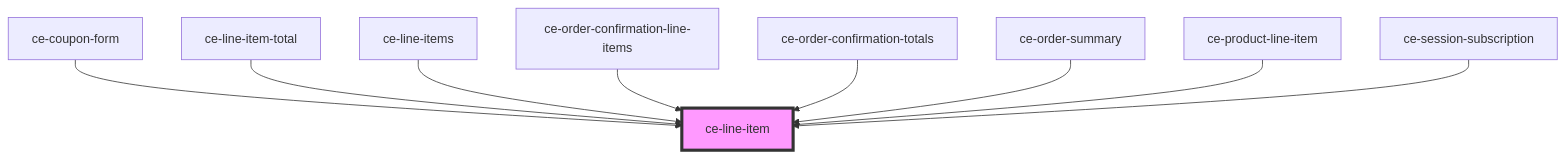
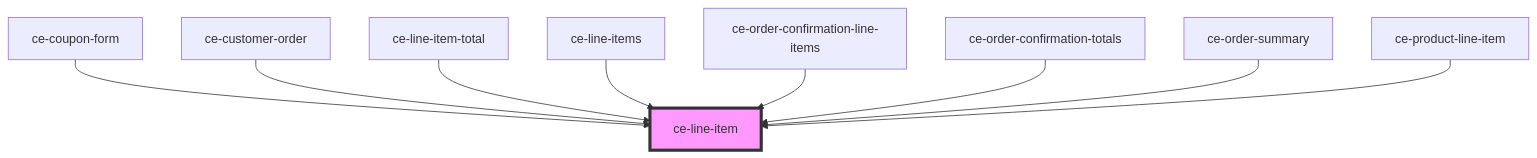
The diagram in packages/components/src/components/ui/line-item/readme.md (surecart/surecart-wp-plugin), drawn with Mermaid before and after one commit. The commit also changed other lines of this file and 101 other files, not shown here.

````diff
--- a/packages/components/src/components/ui/line-item/readme.md
+++ b/packages/components/src/components/ui/line-item/readme.md
@@ -52,12 +52,12 @@
 ```mermaid
 graph TD;
   ce-coupon-form --> ce-line-item
+  ce-customer-order --> ce-line-item
   ce-line-item-total --> ce-line-item
   ce-line-items --> ce-line-item
   ce-order-confirmation-line-items --> ce-line-item
   ce-order-confirmation-totals --> ce-line-item
   ce-order-summary --> ce-line-item
   ce-product-line-item --> ce-line-item
-  ce-session-subscription --> ce-line-item
   style ce-line-item fill:#f9f,stroke:#333,stroke-width:4px
 ```
````
